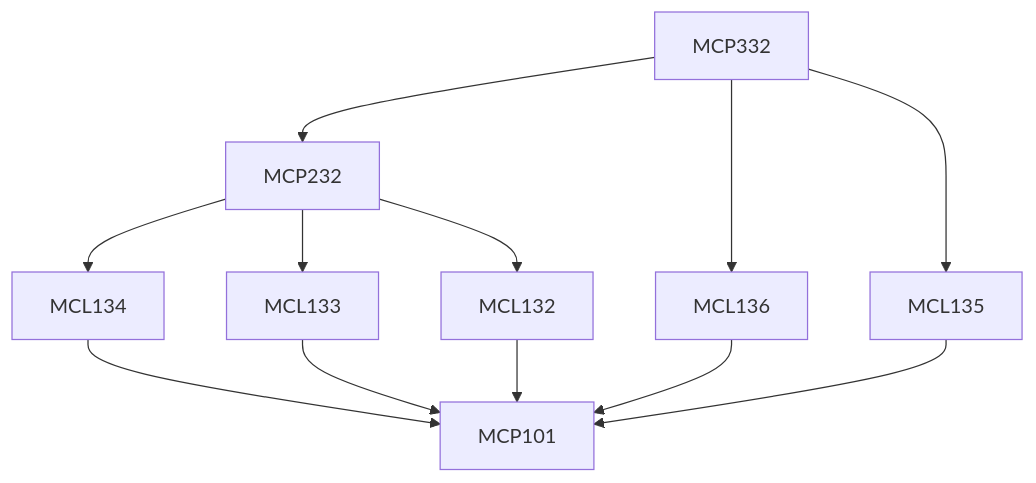
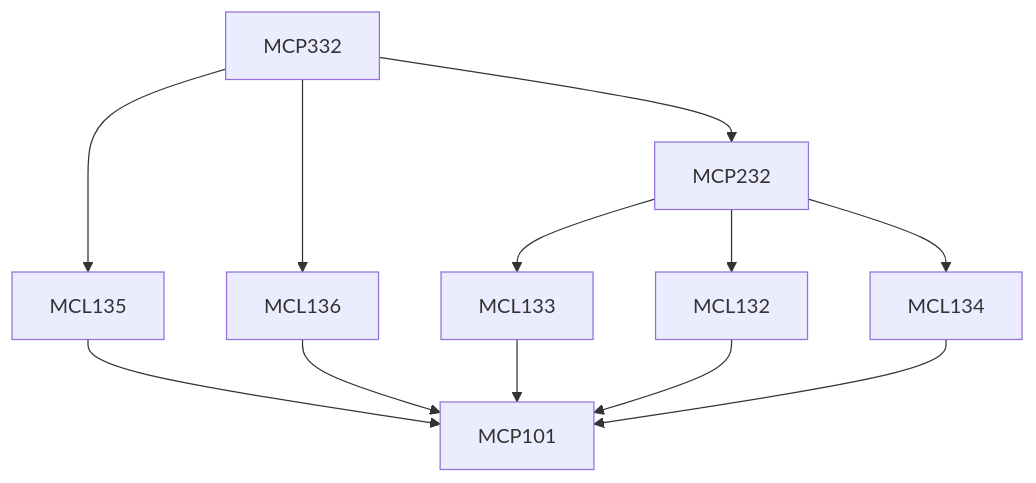
The diagram in content/Mechanical Engineering/MCP332.md (KeshavBansal0122/CoS_Website), drawn with Mermaid before and after one commit. The commit also changed other lines of this file and 2662 other files, not shown here.

````diff
--- a/content/Mechanical Engineering/MCP332.md
+++ b/content/Mechanical Engineering/MCP332.md
@@ -13,18 +13,18 @@
 ```mermaid
 flowchart TD
 MCP332-473[MCP332]
+MCL136-473 --> MCP101-473[MCP101]
+MCP232-473 --> MCL133-473[MCL133]
+MCL133-473 --> MCP101-473[MCP101]
 MCL134-473 --> MCP101-473[MCP101]
+MCP332-473 --> MCL135-473[MCL135]
 MCL135-473 --> MCP101-473[MCP101]
+MCP232-473 --> MCL132-473[MCL132]
 MCP232-473 --> MCL134-473[MCL134]
+MCP332-473 --> MCL136-473[MCL136]
 MCP332-473 --> MCP232-473[MCP232]
-MCL136-473 --> MCP101-473[MCP101]
-MCP332-473 --> MCL136-473[MCL136]
 MCL132-473 --> MCP101-473[MCP101]
-MCL133-473 --> MCP101-473[MCP101]
-MCP232-473 --> MCL133-473[MCL133]
-MCP232-473 --> MCL132-473[MCL132]
-MCP332-473 --> MCL135-473[MCL135]
 
 classDef empty height:17px, fill:transparent, stroke:transparent;
 classDef trueEmpty height:0px, width:0px;
 ```
````
